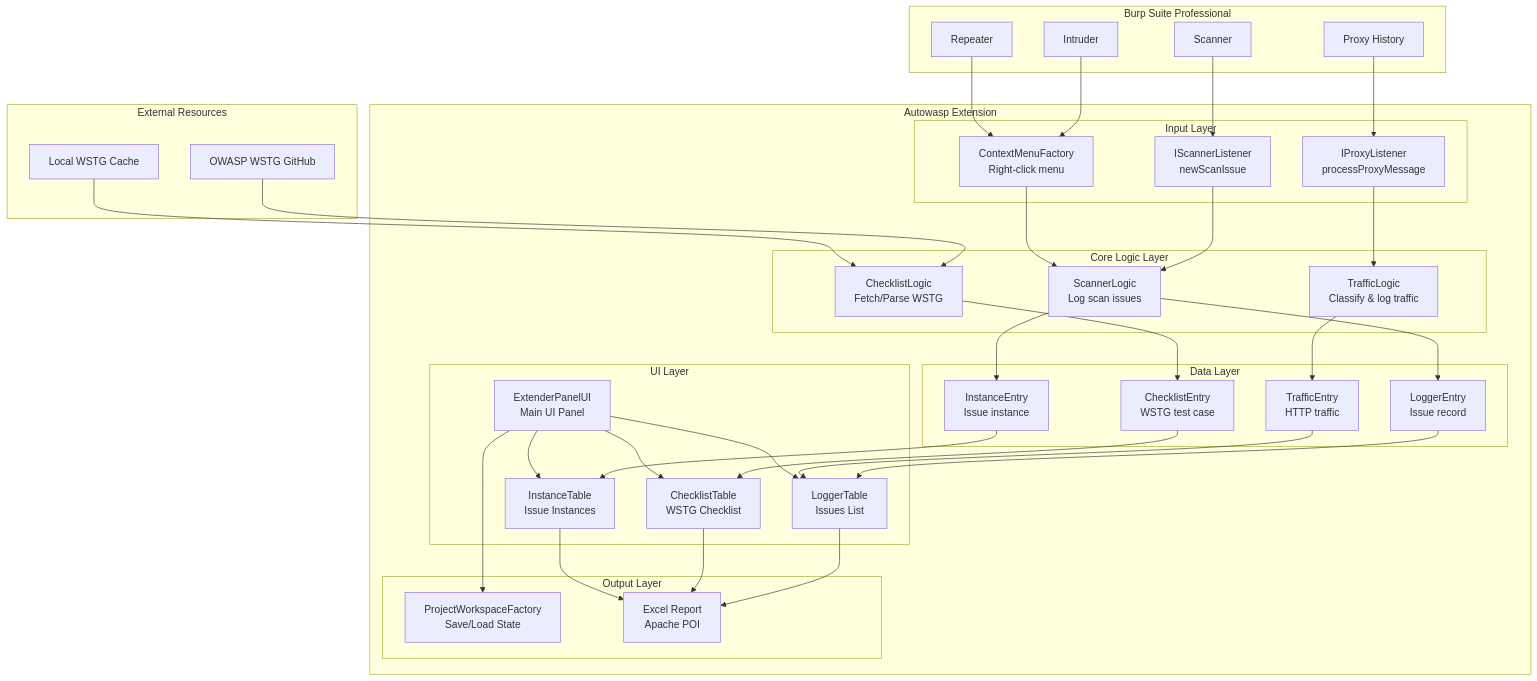
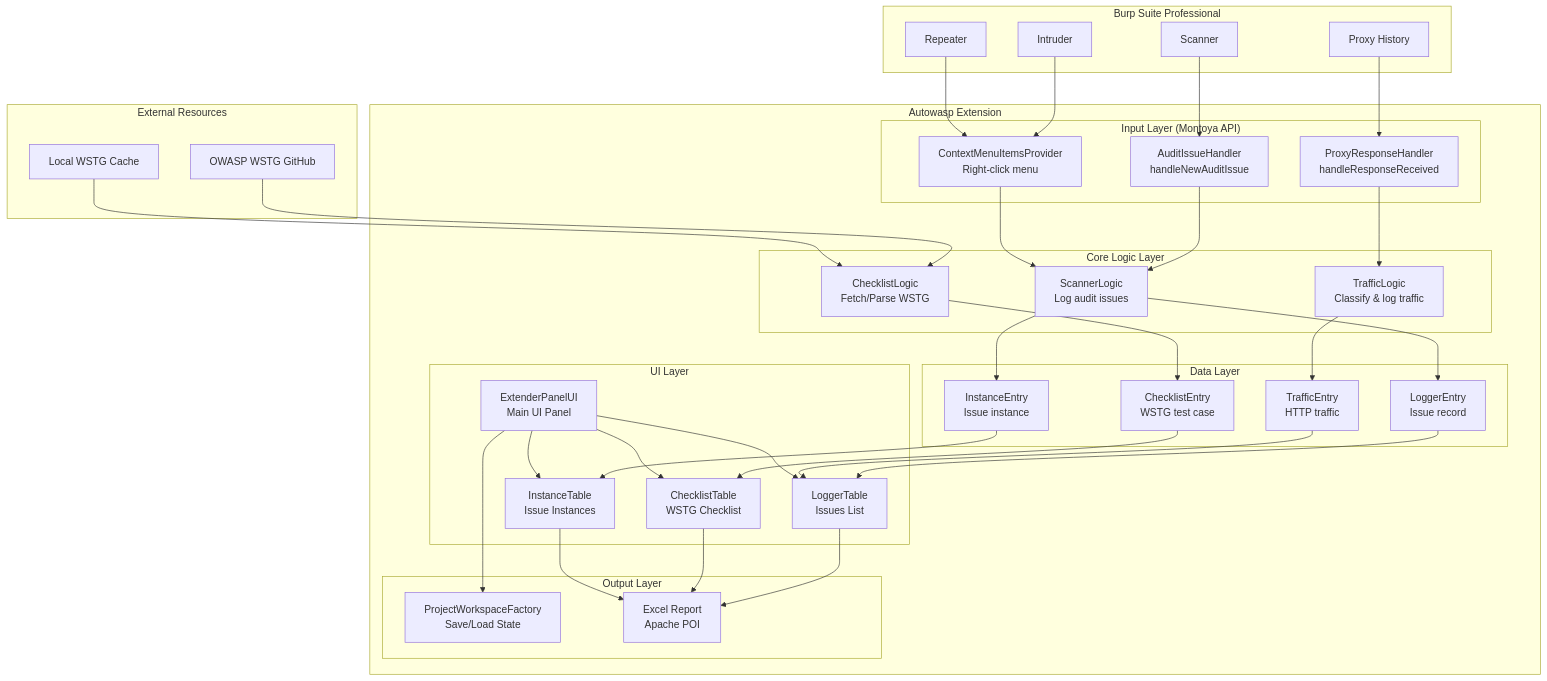
One commit to brndls/autowasp changed the second of 2 diagrams in ARCHITECTURE.md. Above: the diagram before and after it, drawn with Mermaid. The commit also changed other lines of this file, not shown here.

Commit message:
docs: update ARCHITECTURE.md for Montoya API migration

````diff
--- a/ARCHITECTURE.md
+++ b/ARCHITECTURE.md
@@ -110,79 +111,79 @@
 ```mermaid
 flowchart TB
     subgraph BurpSuite["Burp Suite Professional"]
         Proxy[Proxy History]
         Scanner[Scanner]
         Intruder[Intruder]
         Repeater[Repeater]
     end
     
     subgraph Autowasp["Autowasp Extension"]
-        subgraph Input["Input Layer"]
-            ContextMenu[ContextMenuFactory<br/>Right-click menu]
-            ProxyListener[IProxyListener<br/>processProxyMessage]
-            ScannerListener[IScannerListener<br/>newScanIssue]
+        subgraph Input["Input Layer (Montoya API)"]
+            ContextMenu[ContextMenuItemsProvider<br/>Right-click menu]
+            ProxyHandler[ProxyResponseHandler<br/>handleResponseReceived]
+            AuditHandler[AuditIssueHandler<br/>handleNewAuditIssue]
         end
         
         subgraph Core["Core Logic Layer"]
             TrafficLogic[TrafficLogic<br/>Classify & log traffic]
-            ScannerLogic[ScannerLogic<br/>Log scan issues]
+            ScannerLogic[ScannerLogic<br/>Log audit issues]
             ChecklistLogic[ChecklistLogic<br/>Fetch/Parse WSTG]
         end
         
         subgraph Data["Data Layer"]
             LoggerEntry[LoggerEntry<br/>Issue record]
             InstanceEntry[InstanceEntry<br/>Issue instance]
             ChecklistEntry[ChecklistEntry<br/>WSTG test case]
             TrafficEntry[TrafficEntry<br/>HTTP traffic]
         end
         
         subgraph UI["UI Layer"]
             ExtenderPanelUI[ExtenderPanelUI<br/>Main UI Panel]
             ChecklistTable[ChecklistTable<br/>WSTG Checklist]
             LoggerTable[LoggerTable<br/>Issues List]
             InstanceTable[InstanceTable<br/>Issue Instances]
         end
         
         subgraph Output["Output Layer"]
             ProjectWorkspace[ProjectWorkspaceFactory<br/>Save/Load State]
             ExcelReport[Excel Report<br/>Apache POI]
         end
     end
     
     subgraph External["External Resources"]
         WSTG[OWASP WSTG GitHub]
         LocalWSTG[Local WSTG Cache]
     end
     
-    Proxy --> ProxyListener
-    Scanner --> ScannerListener
+    Proxy --> ProxyHandler
+    Scanner --> AuditHandler
     Intruder --> ContextMenu
     Repeater --> ContextMenu
     
-    ProxyListener --> TrafficLogic
-    ScannerListener --> ScannerLogic
+    ProxyHandler --> TrafficLogic
+    AuditHandler --> ScannerLogic
     ContextMenu --> ScannerLogic
     
     TrafficLogic --> TrafficEntry
     ScannerLogic --> LoggerEntry
     ScannerLogic --> InstanceEntry
     ChecklistLogic --> ChecklistEntry
     
     WSTG --> ChecklistLogic
     LocalWSTG --> ChecklistLogic
     
     LoggerEntry --> LoggerTable
     InstanceEntry --> InstanceTable
     ChecklistEntry --> ChecklistTable
     TrafficEntry --> LoggerTable
     
     ExtenderPanelUI --> ChecklistTable
     ExtenderPanelUI --> LoggerTable
     ExtenderPanelUI --> InstanceTable
     
     LoggerTable --> ExcelReport
     ChecklistTable --> ExcelReport
     InstanceTable --> ExcelReport
     
     ExtenderPanelUI --> ProjectWorkspace
 ```
````
